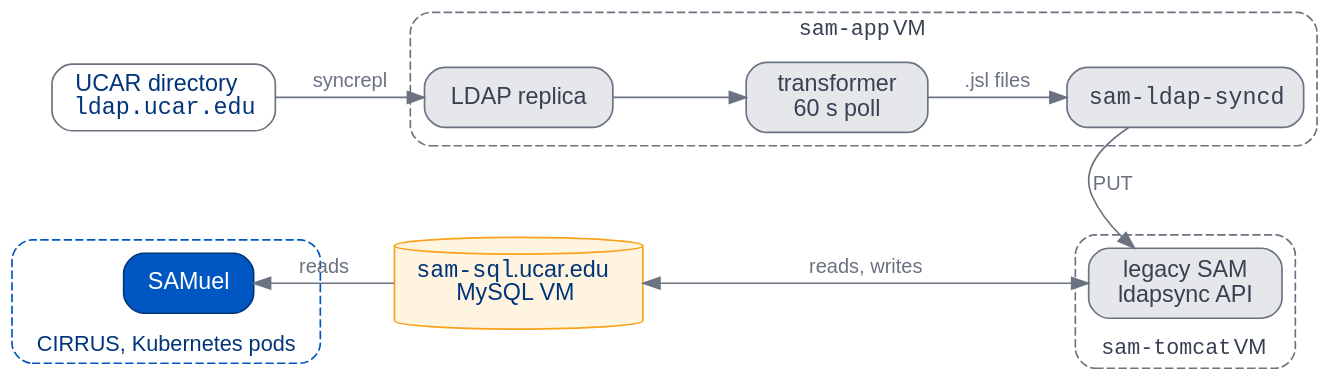
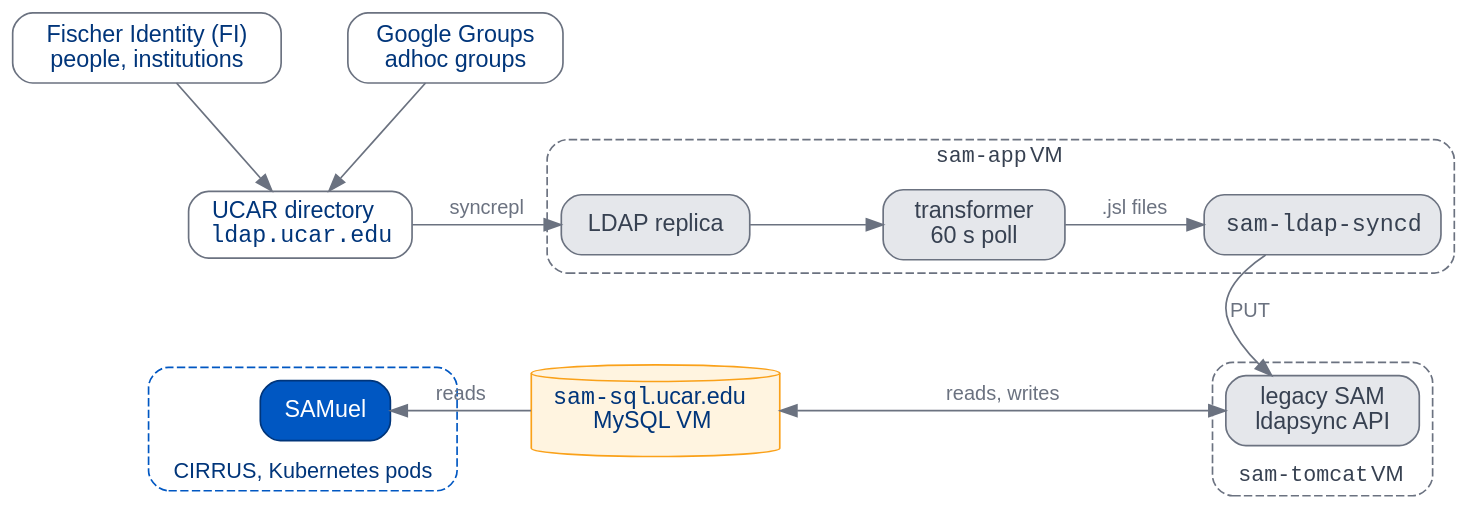
The third of 6 diagrams in docs/presentations/samuel/_4-systems.qmd (benkirk/sam-queries), drawn with Graphviz before and after one commit. The commit also changed other lines of this file and 1 other file, not shown here.

First line of the commit message:
Decks: Fischer Identity and Google Groups upstream of the UCAR directory

````diff
--- a/docs/presentations/samuel/_4-systems.qmd
+++ b/docs/presentations/samuel/_4-systems.qmd
@@ -202,39 +208,44 @@
 ```{dot}
 //| fig-width: 10
 digraph Identity {
   graph [rankdir=TB, newrank=true, nodesep=0.55, ranksep=0.7, bgcolor="transparent",
          fontname="Helvetica", fontsize=13, fontcolor="#374151"];
   node  [shape=box, style="rounded,filled", fontname="Helvetica", fontsize=14,
          fillcolor="#E5E7EB", color="#6B7280", fontcolor="#374151", margin="0.18,0.08"];
   edge  [fontname="Helvetica", fontsize=12, color="#6B7280", fontcolor="#6B7280"];
+  fi     [label="Fischer Identity (FI)\npeople, institutions", fillcolor="#FFFFFF", fontcolor="#00357A"];
+  gg     [label="Google Groups\nadhoc groups", fillcolor="#FFFFFF", fontcolor="#00357A"];
   dir    [label=<UCAR directory<BR/><FONT FACE="Courier">ldap.ucar.edu</FONT>>, fillcolor="#FFFFFF", fontcolor="#00357A"];
   subgraph cluster_app {
     label=<<FONT FACE="Courier">sam-app</FONT>&#160;VM>; style="rounded,dashed"; color="#6B7280";
     repl  [label="LDAP replica"];
     xf    [label="transformer\n60 s poll"];
     syncd [label=<<FONT FACE="Courier">sam-ldap-syncd</FONT>>];
   }
   subgraph cluster_tomcat {
     label=<<FONT FACE="Courier">sam-tomcat</FONT>&#160;VM>; labelloc=b; style="rounded,dashed"; color="#6B7280";
     tomcat [label="legacy SAM\nldapsync API"];
   }
   sql    [label=<<FONT FACE="Courier">sam-sql</FONT>.ucar.edu<BR/>MySQL VM>, shape=cylinder, fillcolor="#FFF4E0",
           color="#FAA119", fontcolor="#00357A"];
   subgraph cluster_cirrus {
     label="CIRRUS, Kubernetes pods"; labelloc=b; style="rounded,dashed"; color="#0057C2";
     fontcolor="#00357A";
     samuel [label="SAMuel", fillcolor="#0057C2", color="#00357A", fontcolor="#FFFFFF"];
   }
   {rank=same; dir; repl; xf; syncd}
   {rank=same; samuel; sql; tomcat}
+  {rank=same; fi; gg}
+  fi -> dir;
+  gg -> dir;
   dir -> repl [label="syncrepl"];
   repl -> xf;
   xf -> syncd [label=".jsl files"];
   syncd -> tomcat [label="PUT"];
   samuel -> sql [dir=back, label="reads"];
   sql -> tomcat [dir=both, label="reads, writes"];
   dir -> samuel [style=invis];
   repl -> sql [style=invis];
   syncd -> tomcat [style=invis, weight=5];
 }
 ```
````
